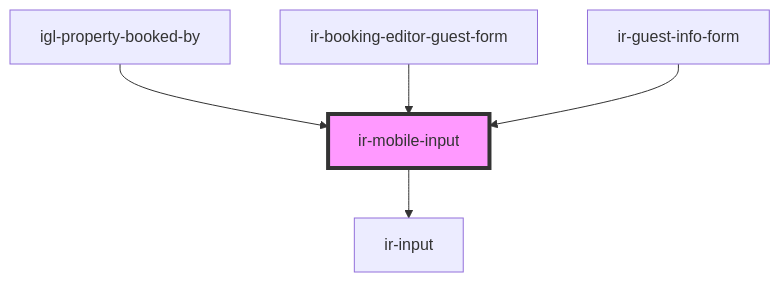
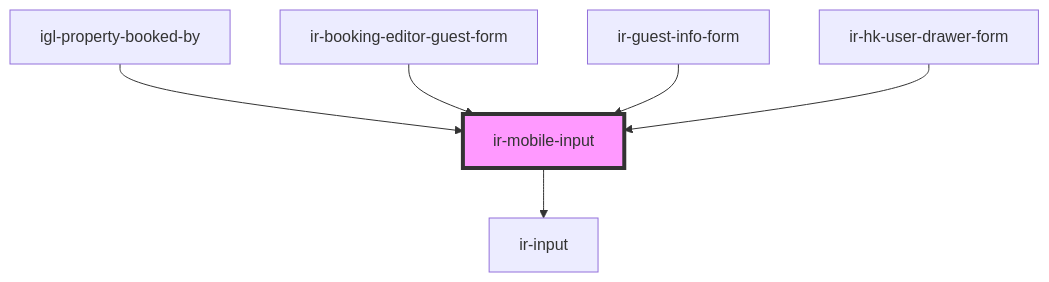
Before and after one commit to RonyRizk/ir-webcmp: the diagram in src/components/ui/ir-mobile-input/readme.md, drawn with Mermaid. The commit also changed other lines of this file and 54 other files, not shown here.

````diff
--- a/src/components/ui/ir-mobile-input/readme.md
+++ b/src/components/ui/ir-mobile-input/readme.md
@@ -46,8 +47,9 @@
 ```mermaid
 graph TD;
   ir-mobile-input --> ir-input
   igl-property-booked-by --> ir-mobile-input
   ir-booking-editor-guest-form --> ir-mobile-input
   ir-guest-info-form --> ir-mobile-input
+  ir-hk-user-drawer-form --> ir-mobile-input
   style ir-mobile-input fill:#f9f,stroke:#333,stroke-width:4px
 ```
````
